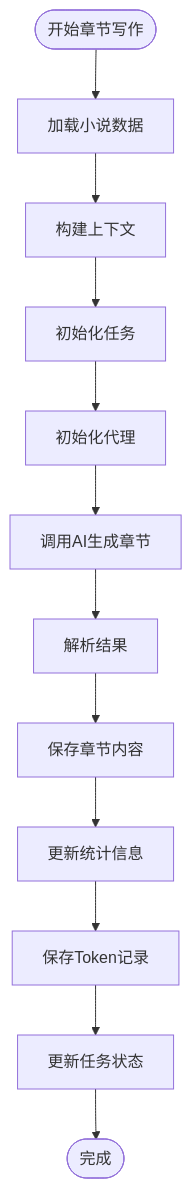
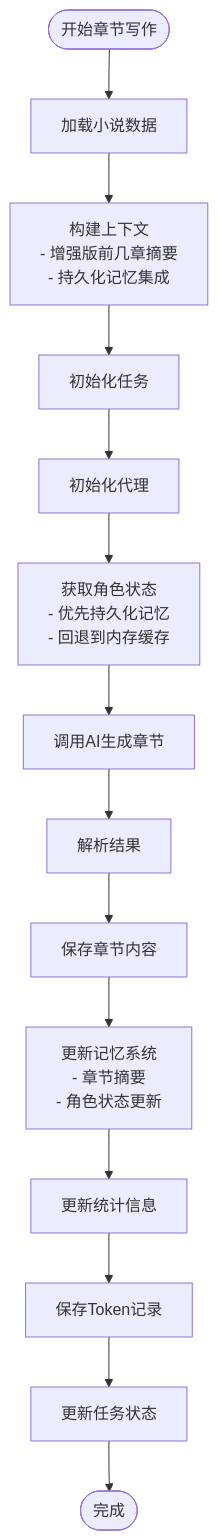
Before and after one commit to xfbyxq/ai-novel-system: the fifth of 10 diagrams in .qoder/repowiki/zh/content/Generation Service.md, drawn with Mermaid. The commit also changed other lines of this file and 4 other files, not shown here.

````diff
--- a/.qoder/repowiki/zh/content/Generation Service.md
+++ b/.qoder/repowiki/zh/content/Generation Service.md
@@ -221,14 +263,16 @@
 ```mermaid
 flowchart TD
 Start([开始章节写作]) --> LoadData["加载小说数据"]
-LoadData --> BuildContext["构建上下文"]
+LoadData --> BuildContext["构建上下文<br/>- 增强版前几章摘要<br/>- 持久化记忆集成"]
 BuildContext --> InitTask["初始化任务"]
 InitTask --> InitAgent["初始化代理"]
-InitAgent --> CallLLM["调用AI生成章节"]
+InitAgent --> GetStates["获取角色状态<br/>- 优先持久化记忆<br/>- 回退到内存缓存"]
+GetStates --> CallLLM["调用AI生成章节"]
 CallLLM --> ParseResult["解析结果"]
 ParseResult --> SaveChapter["保存章节内容"]
-SaveChapter --> UpdateStats["更新统计信息"]
+SaveChapter --> UpdateMemory["更新记忆系统<br/>- 章节摘要<br/>- 角色状态更新"]
+UpdateMemory --> UpdateStats["更新统计信息"]
 UpdateStats --> SaveTokens["保存Token记录"]
 SaveTokens --> UpdateTask["更新任务状态"]
 UpdateTask --> End([完成])
 ```
````
